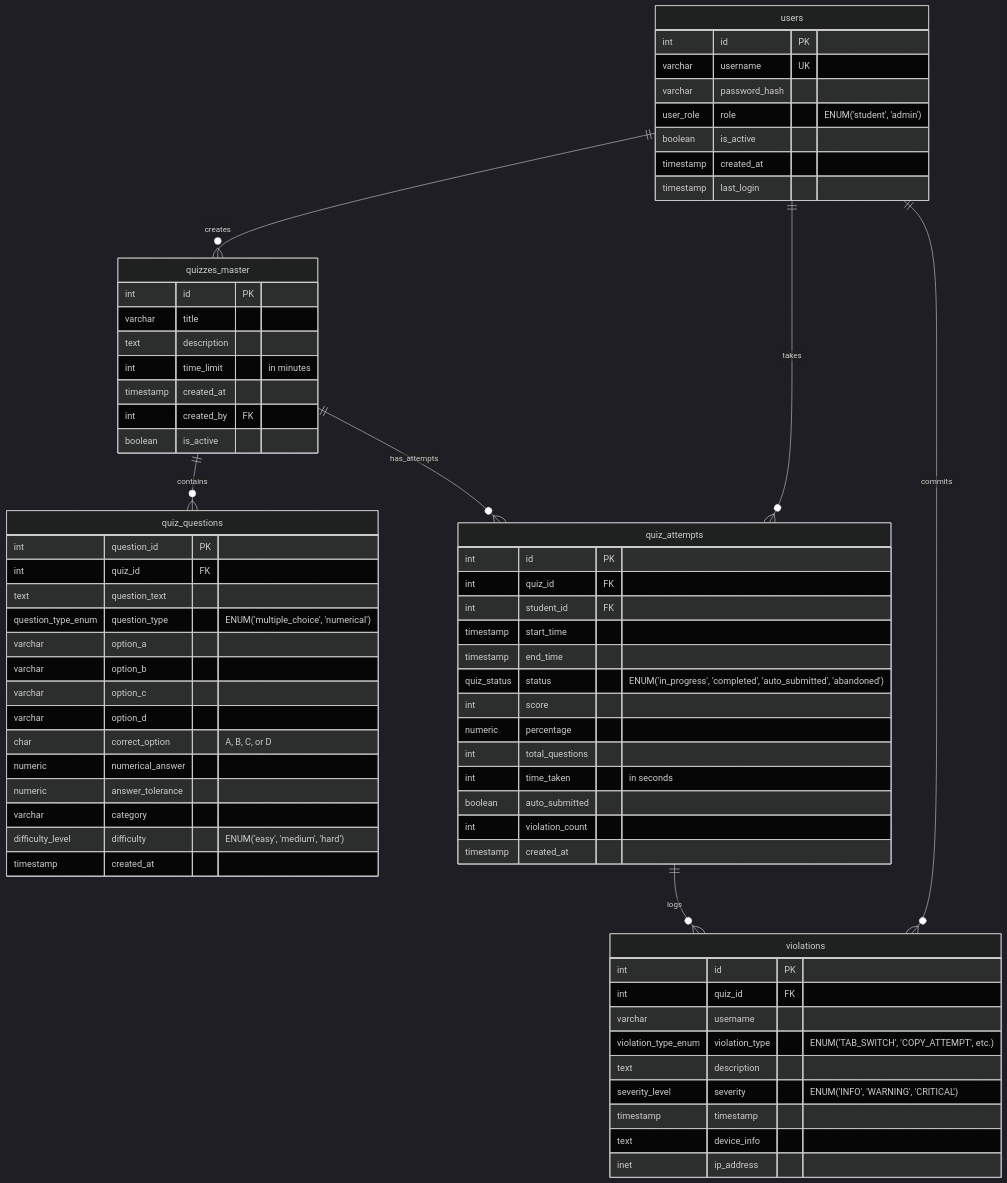
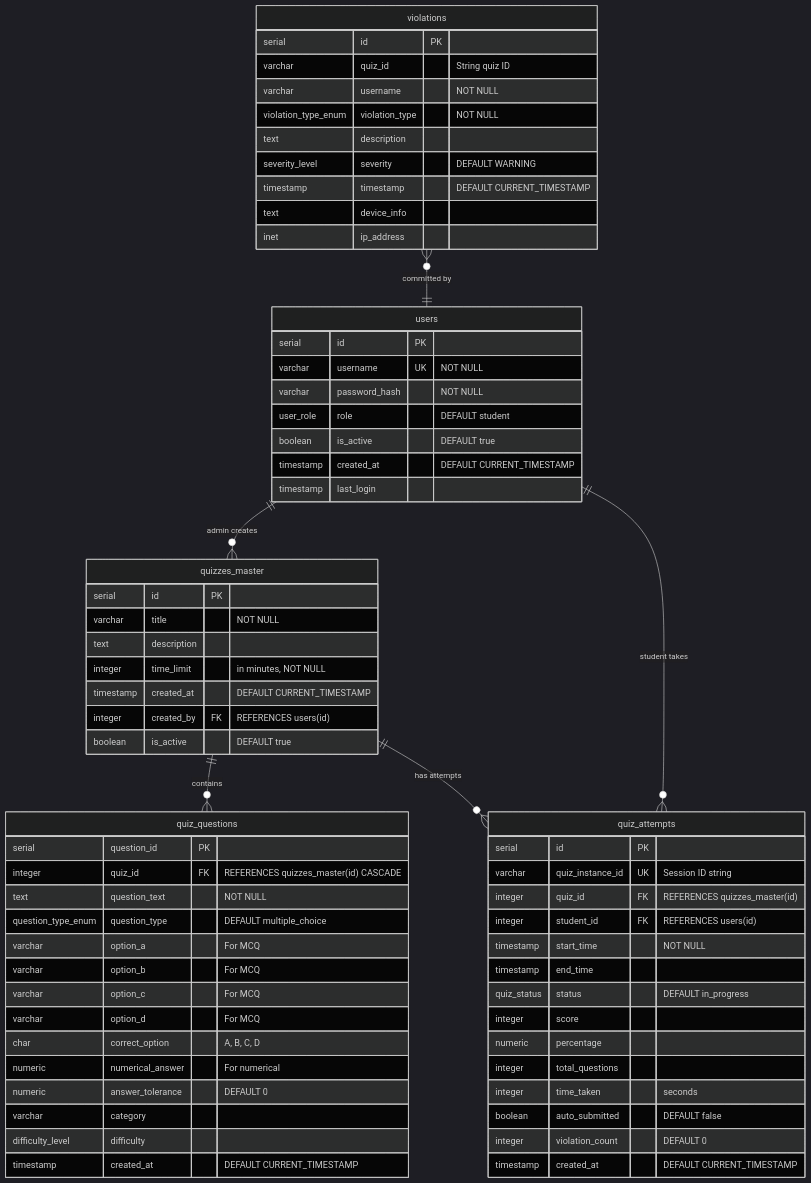
The diagram in docs/ER_DIAGRAM.md (ShogunTestOrg/Anti-Malpractice), drawn with Mermaid (dark theme) before and after one commit. The commit also changed other lines of this file and 1 other file, not shown here.

Commit message:
ER_Diagram.md update

````diff
--- a/docs/ER_DIAGRAM.md
+++ b/docs/ER_DIAGRAM.md
@@ -1,77 +5,75 @@
 ```mermaid
 erDiagram
     users {
-        int id PK
-        varchar username UK
-        varchar password_hash
-        user_role role "ENUM('student', 'admin')"
-        boolean is_active
-        timestamp created_at
+        serial id PK
+        varchar username UK "NOT NULL"
+        varchar password_hash "NOT NULL"
+        user_role role "DEFAULT student"
+        boolean is_active "DEFAULT true"
+        timestamp created_at "DEFAULT CURRENT_TIMESTAMP"
         timestamp last_login
     }
 
     quizzes_master {
-        int id PK
-        varchar title
+        serial id PK
+        varchar title "NOT NULL"
         text description
-        int time_limit "in minutes"
-        timestamp created_at
-        int created_by FK
-        boolean is_active
+        integer time_limit "in minutes, NOT NULL"
+        timestamp created_at "DEFAULT CURRENT_TIMESTAMP"
+        integer created_by FK "REFERENCES users(id)"
+        boolean is_active "DEFAULT true"
     }
 
     quiz_questions {
-        int question_id PK
-        int quiz_id FK
-        text question_text
-        question_type_enum question_type "ENUM('multiple_choice', 'numerical')"
-        varchar option_a
-        varchar option_b
-        varchar option_c
-        varchar option_d
-        char correct_option "A, B, C, or D"
-        numeric numerical_answer
-        numeric answer_tolerance
+        serial question_id PK
+        integer quiz_id FK "REFERENCES quizzes_master(id) CASCADE"
+        text question_text "NOT NULL"
+        question_type_enum question_type "DEFAULT multiple_choice"
+        varchar option_a "For MCQ"
+        varchar option_b "For MCQ"
+        varchar option_c "For MCQ"
+        varchar option_d "For MCQ"
+        char correct_option "A, B, C, D"
+        numeric numerical_answer "For numerical"
+        numeric answer_tolerance "DEFAULT 0"
         varchar category
-        difficulty_level difficulty "ENUM('easy', 'medium', 'hard')"
-        timestamp created_at
+        difficulty_level difficulty
+        timestamp created_at "DEFAULT CURRENT_TIMESTAMP"
     }
 
     quiz_attempts {
-        int id PK
-        int quiz_id FK
-        int student_id FK
-        timestamp start_time
+        serial id PK
+        varchar quiz_instance_id UK "Session ID string"
+        integer quiz_id FK "REFERENCES quizzes_master(id)"
+        integer student_id FK "REFERENCES users(id)"
+        timestamp start_time "NOT NULL"
         timestamp end_time
-        quiz_status status "ENUM('in_progress', 'completed', 'auto_submitted', 'abandoned')"
-        int score
+        quiz_status status "DEFAULT in_progress"
+        integer score
         numeric percentage
-        int total_questions
-        int time_taken "in seconds"
-        boolean auto_submitted
-        int violation_count
-        timestamp created_at
+        integer total_questions
+        integer time_taken "seconds"
+        boolean auto_submitted "DEFAULT false"
+        integer violation_count "DEFAULT 0"
+        timestamp created_at "DEFAULT CURRENT_TIMESTAMP"
     }
 
     violations {
-        int id PK
-        int quiz_id FK
-        varchar username
-        violation_type_enum violation_type "ENUM('TAB_SWITCH', 'COPY_ATTEMPT', etc.)"
+        serial id PK
+        varchar quiz_id "String quiz ID"
+        varchar username "NOT NULL"
+        violation_type_enum violation_type "NOT NULL"
         text description
-        severity_level severity "ENUM('INFO', 'WARNING', 'CRITICAL')"
-        timestamp timestamp
+        severity_level severity "DEFAULT WARNING"
+        timestamp timestamp "DEFAULT CURRENT_TIMESTAMP"
         text device_info
         inet ip_address
     }
 
-    users ||--o{ quizzes_master : "creates"
-    users ||--o{ quiz_attempts : "takes"
-    users ||--o{ violations : "commits"
-    
+    users ||--o{ quizzes_master : "admin creates"
+    users ||--o{ quiz_attempts : "student takes"
     quizzes_master ||--o{ quiz_questions : "contains"
-    quizzes_master ||--o{ quiz_attempts : "has_attempts"
-    
-    quiz_attempts ||--o{ violations : "logs"
+    quizzes_master ||--o{ quiz_attempts : "has attempts"
+    violations }o--|| users : "committed by"
 
 ```
````
